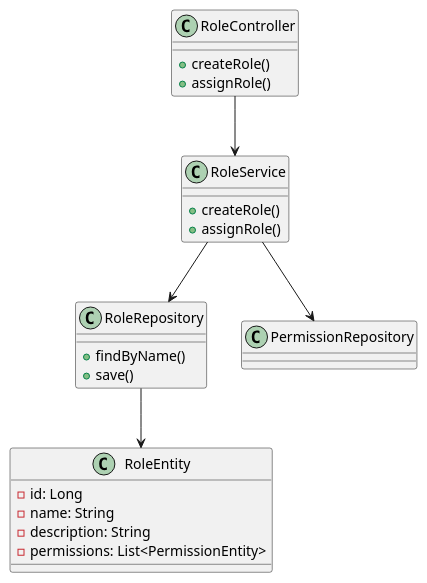
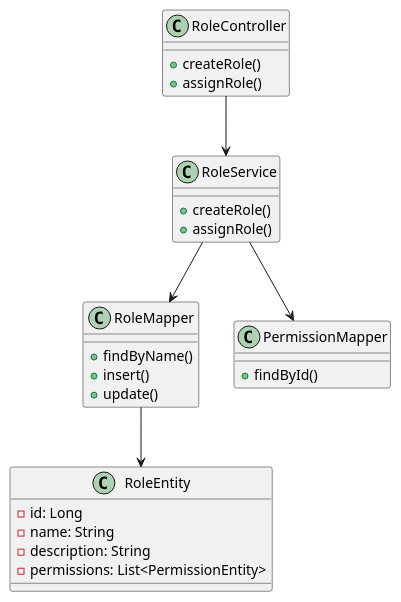
Before and after one commit to hutaoying/auth-demo: the ninth of 12 diagrams in doc/Technical Design Document.md, drawn with PlantUML. The commit also changed other lines of this file and 25 other files, not shown here.

````diff
--- a/doc/Technical Design Document.md
+++ b/doc/Technical Design Document.md
@@ -145,26 +245,30 @@
 ```plantuml
 @startuml
 class RoleController {
   +createRole()
   +assignRole()
 }
 class RoleService {
   +createRole()
   +assignRole()
 }
-class RoleRepository {
+class RoleMapper {
   +findByName()
-  +save()
+  +insert()
+  +update()
 }
 class RoleEntity {
   -id: Long
   -name: String
   -description: String
   -permissions: List<PermissionEntity>
 }
+class PermissionMapper {
+  +findById()
+}
 RoleController --> RoleService
-RoleService --> RoleRepository
-RoleService --> PermissionRepository
-RoleRepository --> RoleEntity
+RoleService --> RoleMapper
+RoleService --> PermissionMapper
+RoleMapper --> RoleEntity
 @enduml
 ```
````
